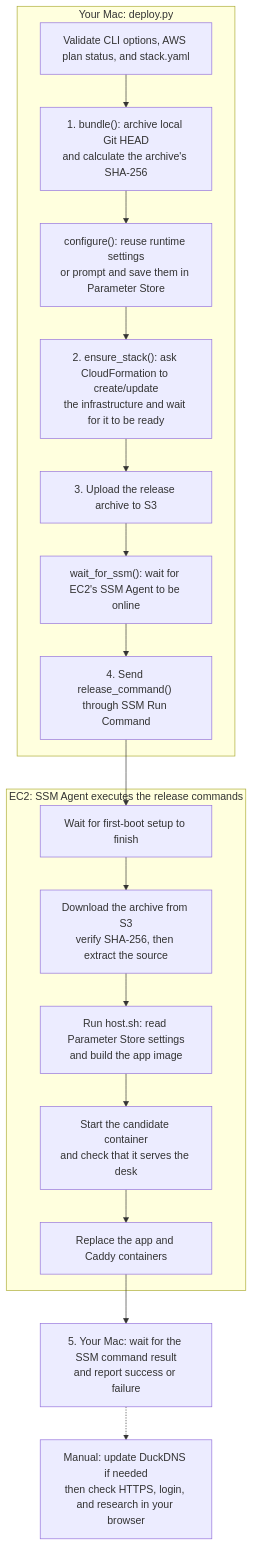
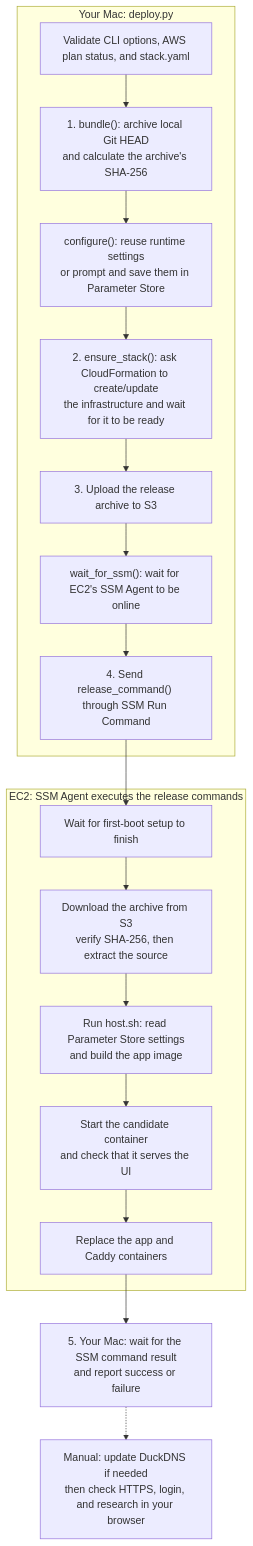
One commit to asugar13/agentic-financial-research changed the second of 2 diagrams in deployment/README.md. Above: the diagram before and after it, drawn with Mermaid. The commit also changed other lines of this file and 13 other files, not shown here.

````diff
--- a/deployment/README.md
+++ b/deployment/README.md
@@ -114,26 +114,26 @@
 ```mermaid
 flowchart TD
     subgraph Local["Your Mac: deploy.py"]
         Validate["Validate CLI options, AWS plan status, and stack.yaml"]
         Bundle["1. bundle(): archive local Git HEAD<br/>and calculate the archive's SHA-256"]
         Settings["configure(): reuse runtime settings<br/>or prompt and save them in Parameter Store"]
         Stack["2. ensure_stack(): ask CloudFormation to create/update<br/>the infrastructure and wait for it to be ready"]
         Upload["3. Upload the release archive to S3"]
         Ready["wait_for_ssm(): wait for EC2's SSM Agent to be online"]
         Send["4. Send release_command() through SSM Run Command"]
         Validate --> Bundle --> Settings --> Stack --> Upload --> Ready --> Send
     end
 
     subgraph Remote["EC2: SSM Agent executes the release commands"]
         Boot["Wait for first-boot setup to finish"]
         Download["Download the archive from S3<br/>verify SHA-256, then extract the source"]
         Host["Run host.sh: read Parameter Store settings<br/>and build the app image"]
-        Health["Start the candidate container<br/>and check that it serves the desk"]
+        Health["Start the candidate container<br/>and check that it serves the UI"]
         Replace["Replace the app and Caddy containers"]
         Boot --> Download --> Host --> Health --> Replace
     end
 
     Send --> Boot
     Replace --> Result["5. Your Mac: wait for the SSM command result<br/>and report success or failure"]
     Result -.-> Manual["Manual: update DuckDNS if needed<br/>then check HTTPS, login, and research in your browser"]
 ```
````
